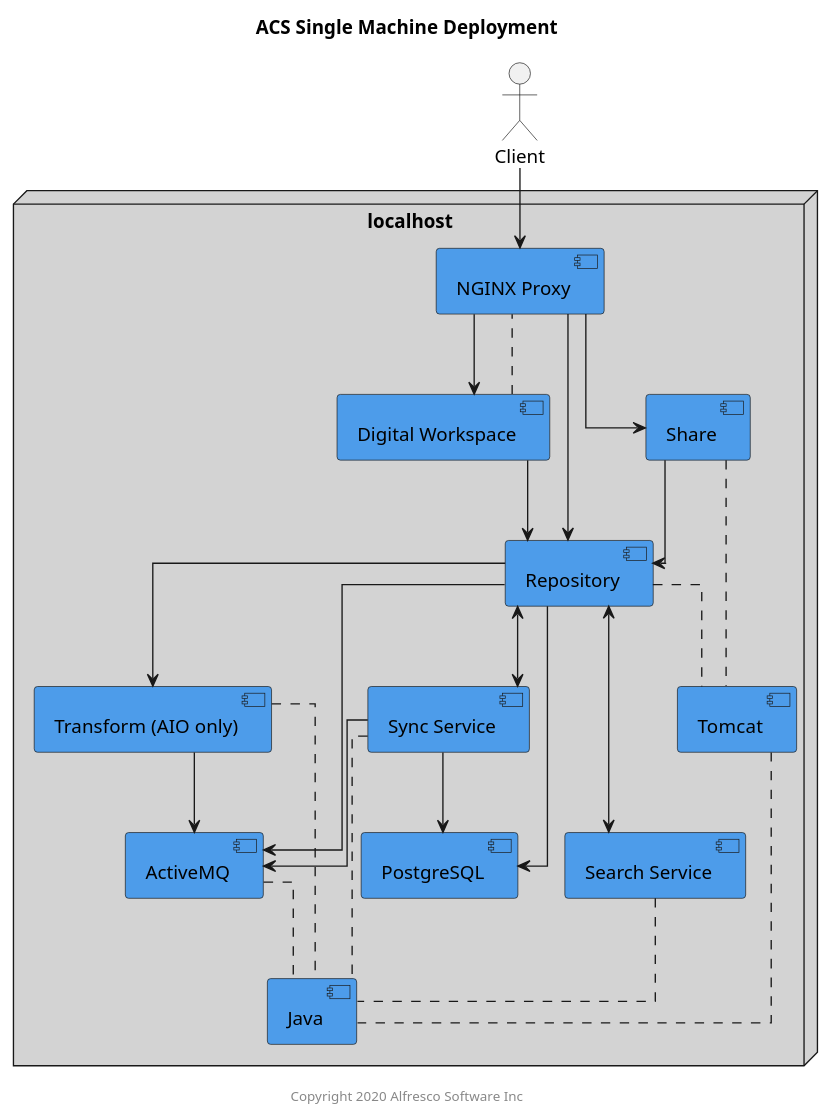
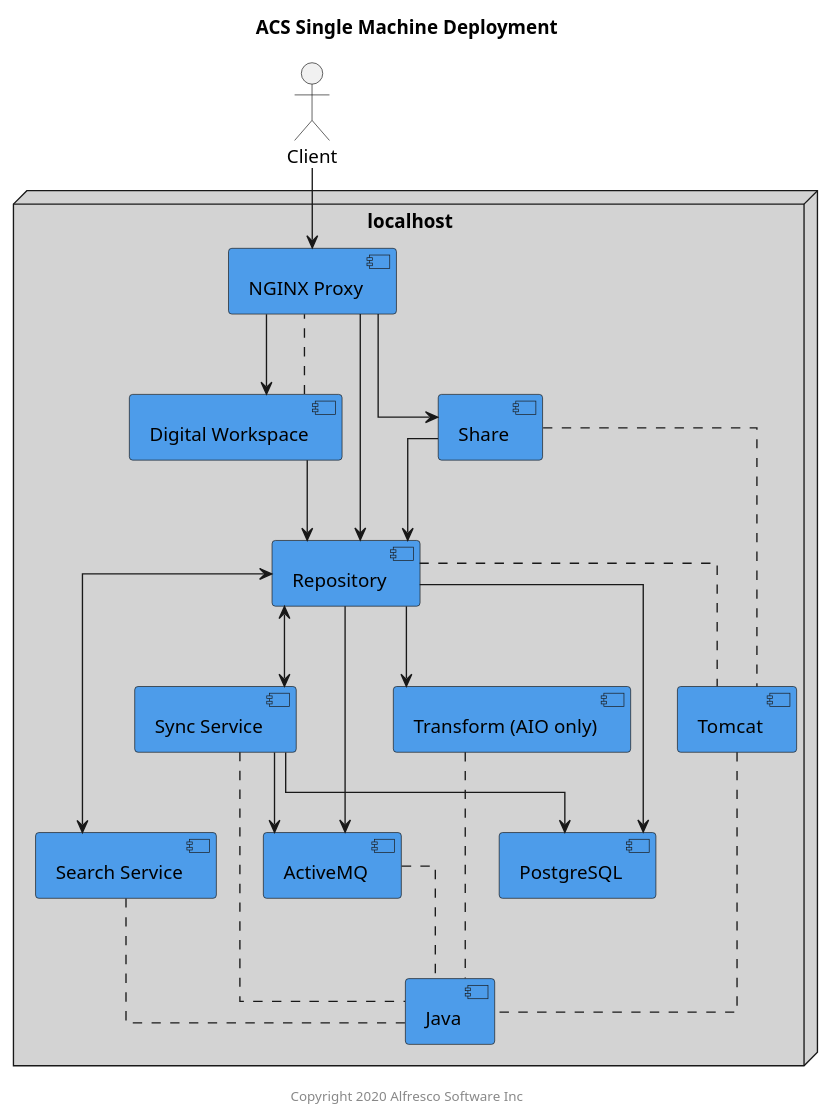
The diagram in docs/resources/acs-single-machine.puml (Alfresco/alfresco-ansible-deployment), drawn with PlantUML before and after one commit. The commit also changed 1 other file, not shown here.

```diff
--- a/docs/resources/acs-single-machine.puml
+++ b/docs/resources/acs-single-machine.puml
@@ -1,58 +1,56 @@
 @startuml
 
 Title: ACS Single Machine Deployment
 
 skinparam componentStyle uml2
 skinparam linetype ortho
 skinparam rectangle {
     BorderStyle dashed
 }
 
 actor Client
 
 node "localhost" #lightgrey {
     component "NGINX Proxy" as proxy #4d9cea
     component "Repository" as repo #4d9cea
     component "Share" as share #4d9cea
     component "Digital Workspace" as adw #4d9cea
     component "Search Service" as search #4d9cea
     component "Transform (AIO only)" as transform #4d9cea
     component "Sync Service" as sync #4d9cea
     component "Tomcat" as tomcat  #4d9cea
     component "ActiveMQ" as amq #4d9cea
     component "Java" as java #4d9cea
     component "PostgreSQL" as psql #4d9cea
 }
 
 adw .. proxy
 repo .. tomcat
 share .. tomcat
 tomcat .. java
 search .. java
 transform .. java
 sync .. java
 amq .. java
 
 Client --> proxy
 
 proxy --> repo
 proxy --> share
 proxy --> adw
 
 share --> repo
 adw --> repo
 
 repo --> psql
 repo --> transform
 repo --> amq
 repo <--> search
 repo <--> sync
 
-transform --> amq
-
 sync --> amq
 sync --> psql
 
 center footer Copyright 2020 Alfresco Software Inc
 
 @enduml
```
